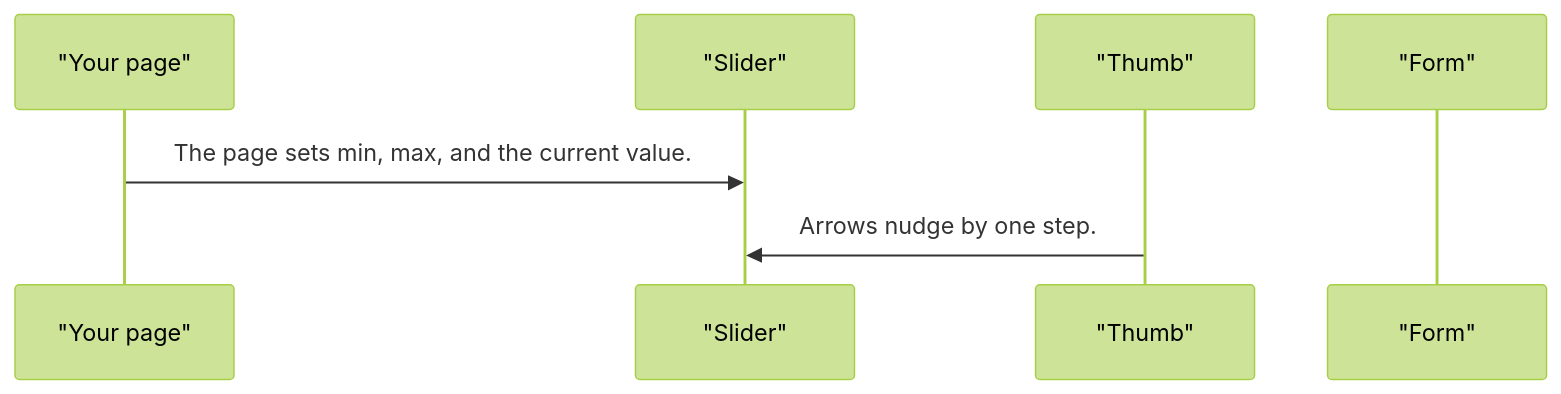
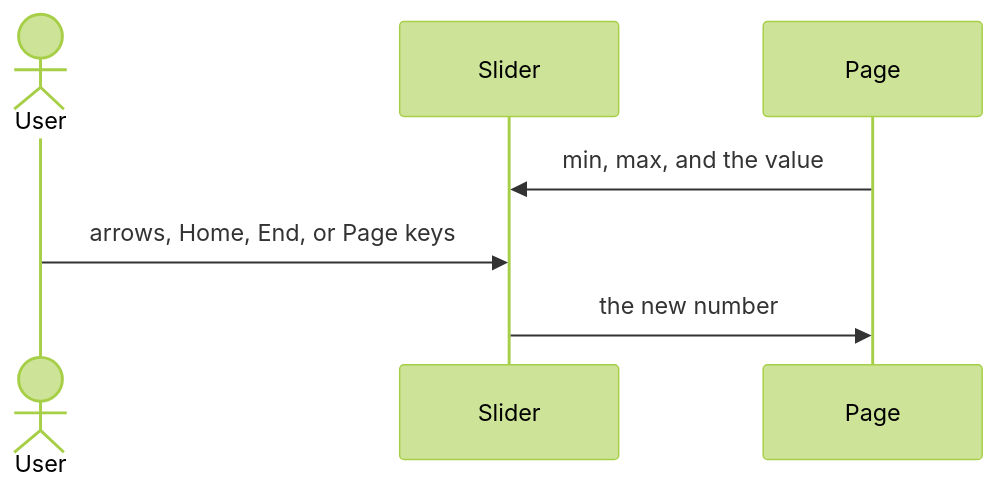
The second of 4 diagrams in projects/pixel-ui/src/lib/pixel-slider/DESIGN.md (RajshekharBorate/pixel-ui), drawn with Mermaid (forest theme) before and after one commit. The commit also changed other lines of this file and 73 other files, not shown here.

Commit message:
Explain who owns each value and what each flow does in every component and service design.

````diff
--- a/projects/pixel-ui/src/lib/pixel-slider/DESIGN.md
+++ b/projects/pixel-ui/src/lib/pixel-slider/DESIGN.md
@@ -54,9 +66,9 @@
 ```mermaid
 sequenceDiagram
-  participant page as "Your page"
-  participant slider as "Slider"
-  participant thumb as "Thumb"
-  participant form as "Form"
-  page->>slider: The page sets min, max, and the current value.
-  thumb->>slider: Arrows nudge by one step.
+  actor User
+  participant Slider
+  participant Page
+  Page->>Slider: min, max, and the value
+  User->>Slider: arrows, Home, End, or Page keys
+  Slider->>Page: the new number
 ```
````
